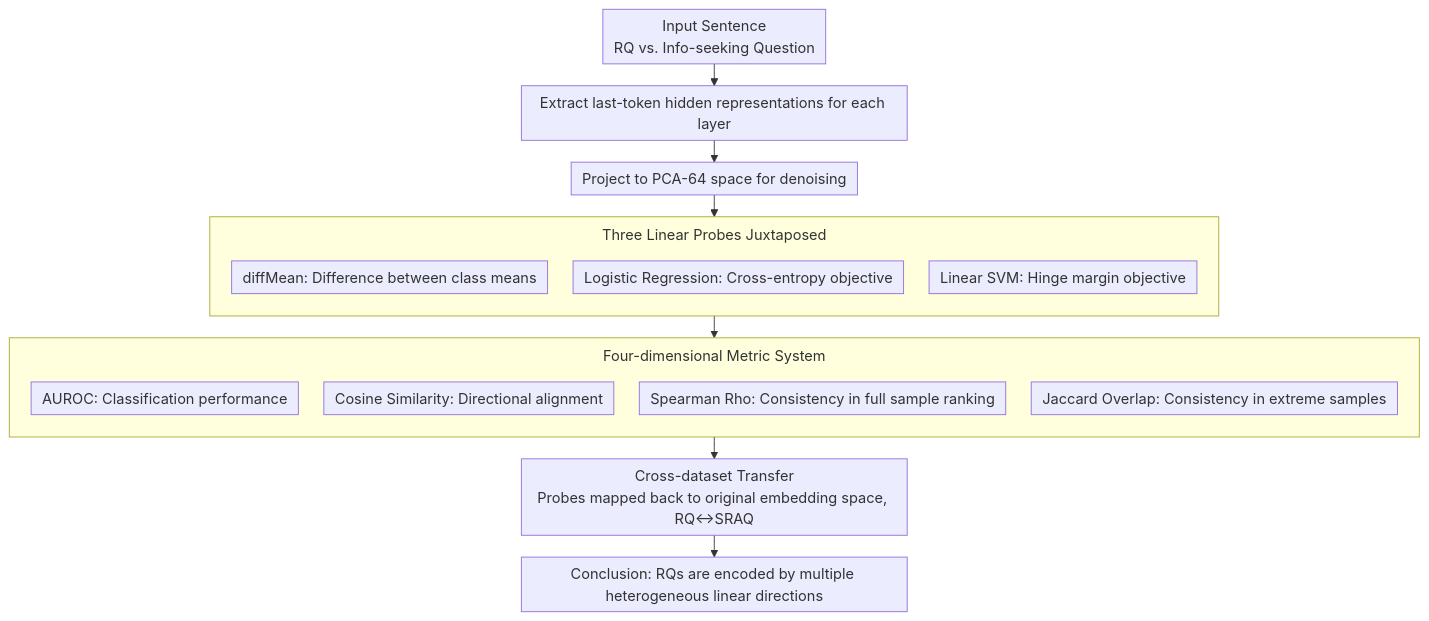
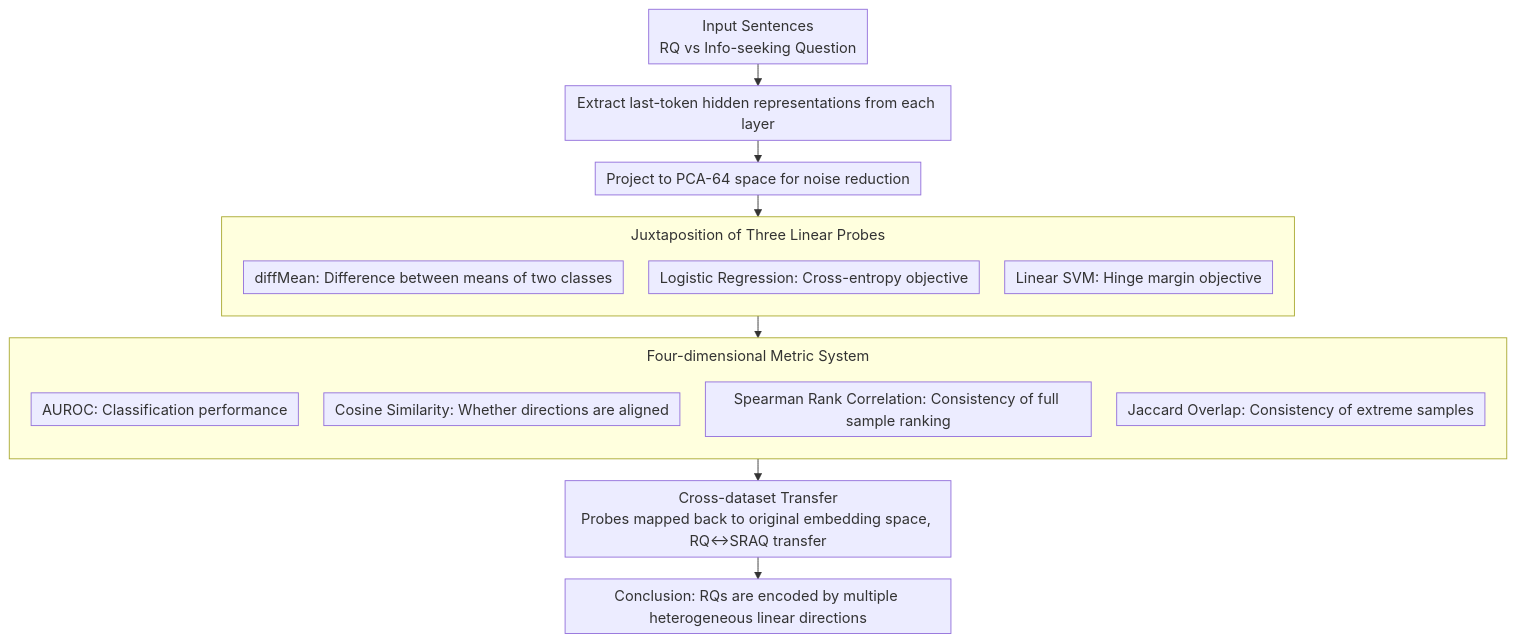
Before and after one commit to zhaoyang97/Paper-Notes-en: the diagram in docs/ACL2026/interpretability/rhetorical_questions_in_llm_representations_a_linear_probing_study.md, drawn with Mermaid. The commit also changed other lines of this file and 5084 other files, not shown here.

````diff
--- a/docs/ACL2026/interpretability/rhetorical_questions_in_llm_representations_a_linear_probing_study.md
+++ b/docs/ACL2026/interpretability/rhetorical_questions_in_llm_representations_a_linear_probing_study.md
@@ -43,23 +43,23 @@
 ```mermaid
 %%{init: {'flowchart': {'rankSpacing': 24, 'nodeSpacing': 28, 'padding': 6, 'wrappingWidth': 400, 'subGraphTitleMargin': {'top': 8, 'bottom': 16}}}}%%
 flowchart TD
-    A["Input Sentence<br/>RQ vs. Info-seeking Question"] --> B["Extract last-token hidden representations for each layer"]
-    B --> C["Project to PCA-64 space for denoising"]
+    A["Input Sentences<br/>RQ vs Info-seeking Question"] --> B["Extract last-token hidden representations from each layer"]
+    B --> C["Project to PCA-64 space for noise reduction"]
     C --> D
-    subgraph D["Three Linear Probes Juxtaposed"]
+    subgraph D["Juxtaposition of Three Linear Probes"]
         direction TB
-        D1["diffMean: Difference between class means"]
+        D1["diffMean: Difference between means of two classes"]
         D2["Logistic Regression: Cross-entropy objective"]
         D3["Linear SVM: Hinge margin objective"]
     end
     D --> E
     subgraph E["Four-dimensional Metric System"]
         direction TB
         E1["AUROC: Classification performance"]
-        E2["Cosine Similarity: Directional alignment"]
-        E3["Spearman Rho: Consistency in full sample ranking"]
-        E4["Jaccard Overlap: Consistency in extreme samples"]
+        E2["Cosine Similarity: Whether directions are aligned"]
+        E3["Spearman Rank Correlation: Consistency of full sample ranking"]
+        E4["Jaccard Overlap: Consistency of extreme samples"]
     end
-    E --> F["Cross-dataset Transfer<br/>Probes mapped back to original embedding space, RQ↔SRAQ"]
+    E --> F["Cross-dataset Transfer<br/>Probes mapped back to original embedding space, RQ↔SRAQ transfer"]
     F --> G["Conclusion: RQs are encoded by multiple heterogeneous linear directions"]
 ```
````
